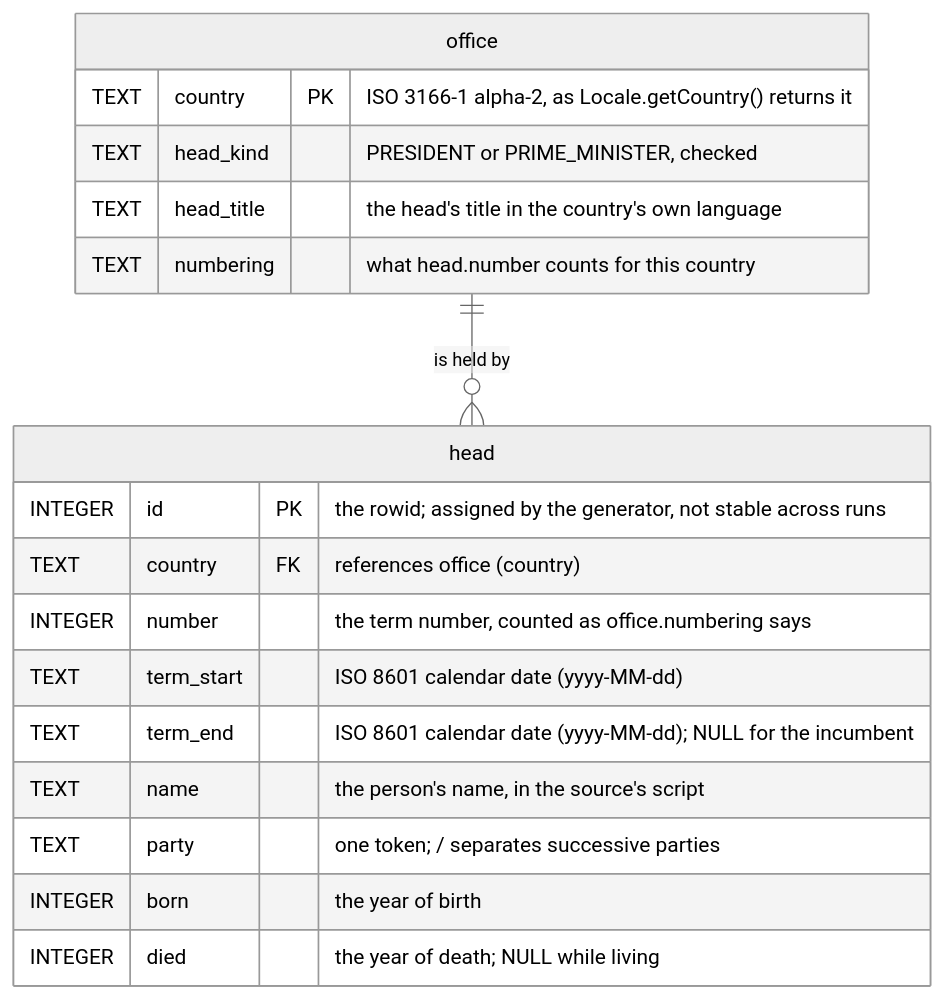
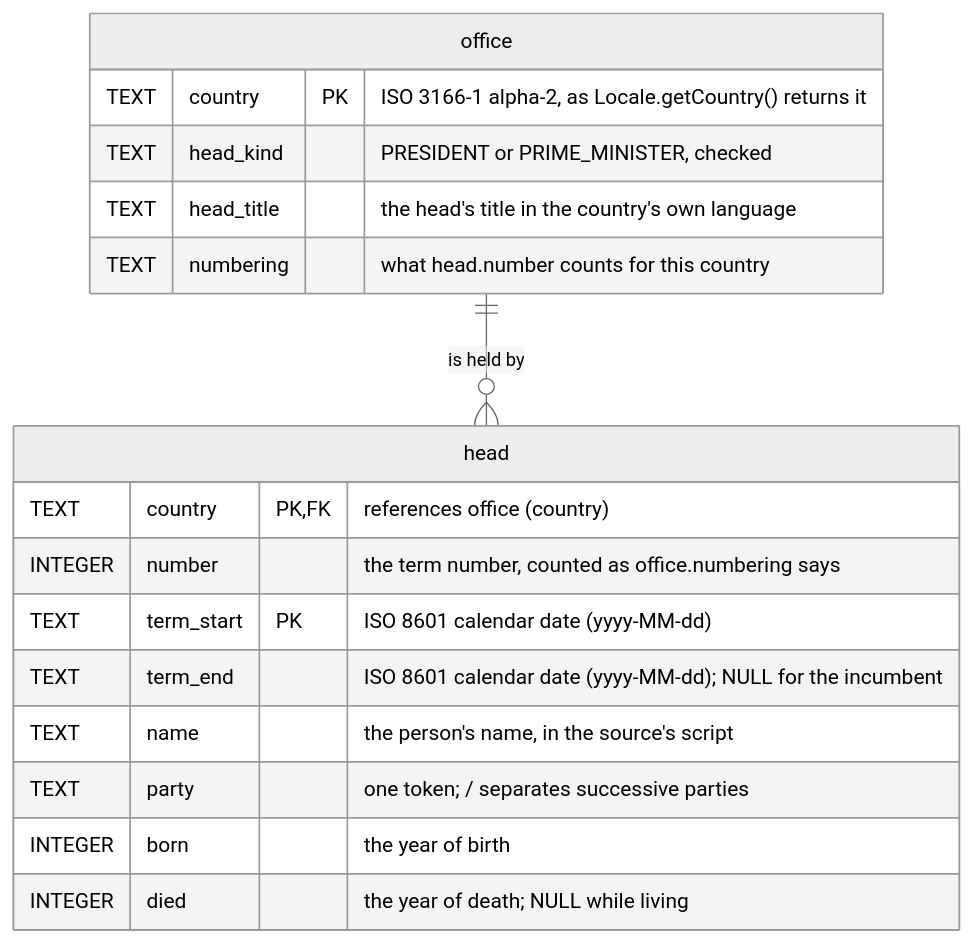
One commit to jinahya/heads-of-governments-persistence changed the diagram in db/heads_of_governments.sqlite3.md. Above: the diagram before and after it, drawn with Mermaid (neutral theme). The commit also changed other lines of this file and 24 other files, not shown here.

First line of the commit message:
Key head by (country, term_start), mapped with @IdClass and a record HeadId

````diff
--- a/db/heads_of_governments.sqlite3.md
+++ b/db/heads_of_governments.sqlite3.md
@@ -43,23 +43,22 @@
 ```mermaid
 erDiagram
     office ||--o{ head : "is held by"
 
     office {
         TEXT    country    PK "ISO 3166-1 alpha-2, as Locale.getCountry() returns it"
         TEXT    head_kind     "PRESIDENT or PRIME_MINISTER, checked"
         TEXT    head_title    "the head's title in the country's own language"
         TEXT    numbering     "what head.number counts for this country"
     }
 
     head {
-        INTEGER id         PK "the rowid; assigned by the generator, not stable across runs"
-        TEXT    country    FK "references office (country)"
-        INTEGER number        "the term number, counted as office.numbering says"
-        TEXT    term_start    "ISO 8601 calendar date (yyyy-MM-dd)"
+        TEXT    country    PK, FK "references office (country)"
+        INTEGER number            "the term number, counted as office.numbering says"
+        TEXT    term_start PK     "ISO 8601 calendar date (yyyy-MM-dd)"
         TEXT    term_end      "ISO 8601 calendar date (yyyy-MM-dd); NULL for the incumbent"
         TEXT    name          "the person's name, in the source's script"
         TEXT    party         "one token; / separates successive parties"
         INTEGER born          "the year of birth"
         INTEGER died          "the year of death; NULL while living"
     }
 ```
````
